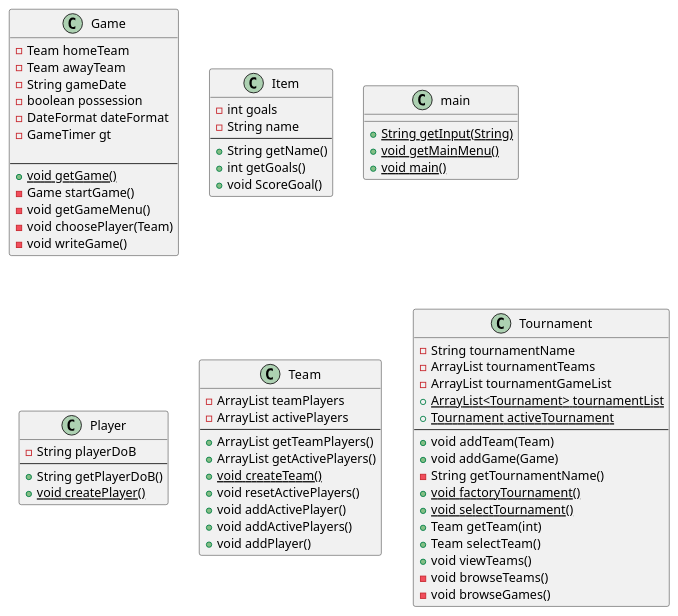
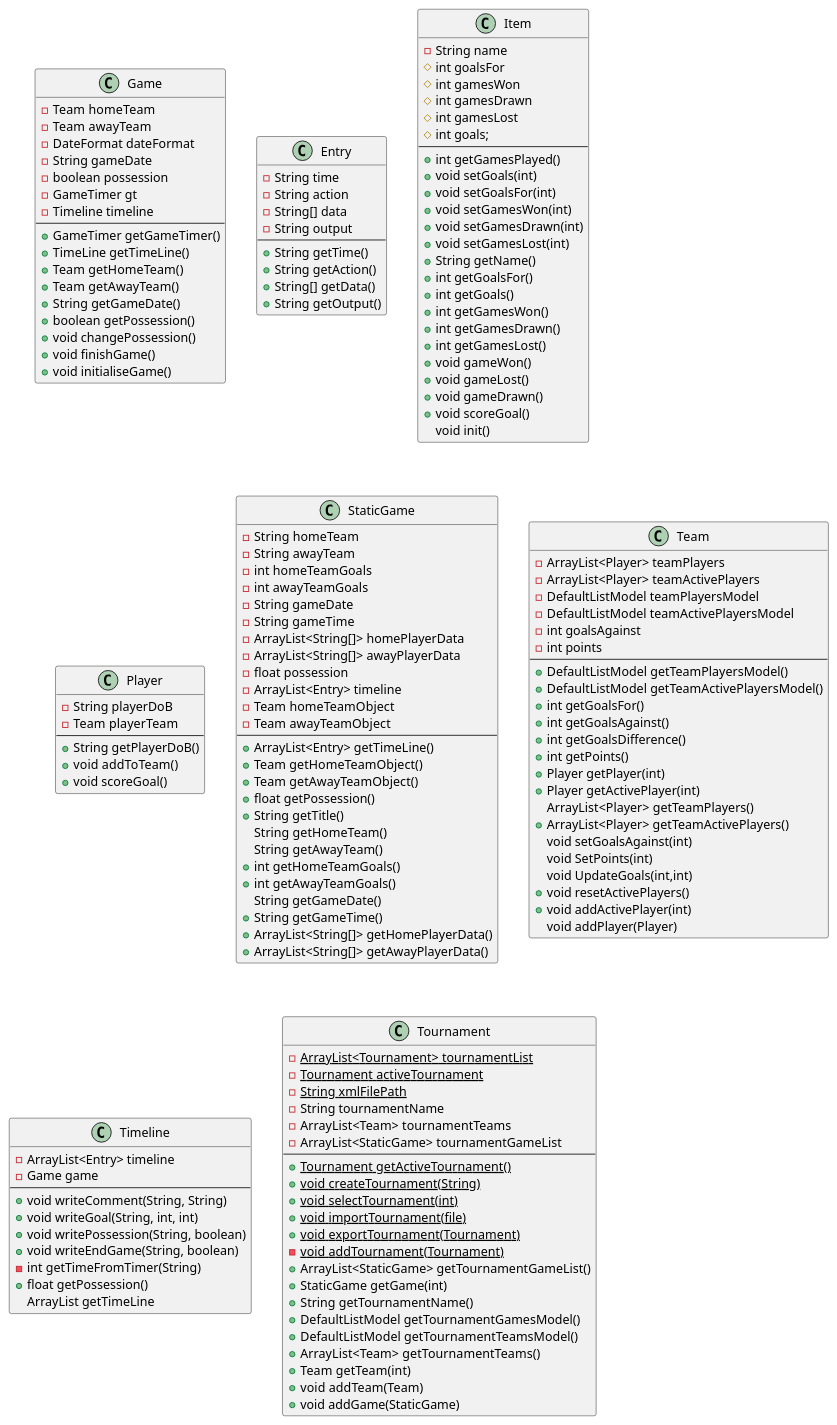
The diagram in UML/classUML.puml (KondrotM/footballStats), drawn with PlantUML before and after one commit. The commit also changed 14 other files, not shown here.

```diff
--- a/UML/classUML.puml
+++ b/UML/classUML.puml
@@ -1,93 +1,165 @@
 @startuml
+
+
 
 class Game {
 - Team homeTeam
 - Team awayTeam
+- DateFormat dateFormat
 - String gameDate
 - boolean possession
-- DateFormat dateFormat
 - GameTimer gt
+- Timeline timeline
+--
++ GameTimer getGameTimer()
++ TimeLine getTimeLine()
++ Team getHomeTeam()
++ Team getAwayTeam()
++ String getGameDate()
++ boolean getPossession()
++ void changePossession()
++ void finishGame()
++ void initialiseGame()
+}
 
---
-+ {static} void getGame()
-- Game startGame()
-- void getGameMenu()
-- void choosePlayer(Team)
-- void writeGame()
+class Entry {
+    - String time
+    - String action
+    - String[] data
+    - String output
+    --
+    + String getTime()
+    + String getAction()
+    + String[] getData()
+    + String getOutput()
 }
 
 class Item {
-- int goals
 - String name
+# int goalsFor
+# int gamesWon
+# int gamesDrawn
+# int gamesLost
+# int goals;
 --
++ int getGamesPlayed()
++ void setGoals(int)
++ void setGoalsFor(int)
++ void setGamesWon(int)
++ void setGamesDrawn(int)
++ void setGamesLost(int)
 + String getName()
++ int getGoalsFor()
 + int getGoals()
-+ void ScoreGoal()
++ int getGamesWon()
++ int getGamesDrawn()
++ int getGamesLost()
++ void gameWon()
++ void gameLost()
++ void gameDrawn()
++ void scoreGoal()
+ void init()
 }
-class main {
-+ {static} String getInput(String)
-+ {static} void getMainMenu()
-+ {static} void main()
-}
+
 class Player {
 - String playerDoB
+- Team playerTeam
 --
 + String getPlayerDoB()
-+ {static} void createPlayer()
++ void addToTeam()
++ void scoreGoal()
 }
+class StaticGame {
+    - String homeTeam
+    - String awayTeam
+    - int homeTeamGoals
+    - int awayTeamGoals
+    - String gameDate
+    - String gameTime
+    - ArrayList<String[]> homePlayerData
+    - ArrayList<String[]> awayPlayerData
+    - float possession
+    - ArrayList<Entry> timeline
+    - Team homeTeamObject
+    - Team awayTeamObject
+    --
+    + ArrayList<Entry> getTimeLine()
+    + Team getHomeTeamObject()
+    + Team getAwayTeamObject()
+    + float getPossession()
+    + String getTitle()
+     String getHomeTeam()
+     String getAwayTeam()
+    + int getHomeTeamGoals()
+    + int getAwayTeamGoals()
+     String getGameDate()
+    + String getGameTime()
+    + ArrayList<String[]> getHomePlayerData()
+    + ArrayList<String[]> getAwayPlayerData()
+}
+
 class Team {
-- ArrayList teamPlayers
-- ArrayList activePlayers
+    - ArrayList<Player> teamPlayers
+    - ArrayList<Player> teamActivePlayers
+    - DefaultListModel teamPlayersModel
+    - DefaultListModel teamActivePlayersModel
+    - int goalsAgainst
+    - int points
+    --
+    + DefaultListModel getTeamPlayersModel()
+    + DefaultListModel getTeamActivePlayersModel()
+    + int getGoalsFor()
+    + int getGoalsAgainst()
+    + int getGoalsDifference()
+    + int getPoints()
+    + Player getPlayer(int)
+    + Player getActivePlayer(int)
+     ArrayList<Player> getTeamPlayers()
+    + ArrayList<Player> getTeamActivePlayers()
+     void setGoalsAgainst(int)
+     void SetPoints(int)
+     void UpdateGoals(int,int)
+    + void resetActivePlayers()
+    + void addActivePlayer(int)
+     void addPlayer(Player)
+}
+
+class Timeline {
+    - ArrayList<Entry> timeline
+    - Game game
 --
-+ ArrayList getTeamPlayers()
-+ ArrayList getActivePlayers()
-+ {static} void createTeam()
-+ void resetActivePlayers()
-+ void addActivePlayer()
-+ void addActivePlayers()
-+ void addPlayer()
+    + void writeComment(String, String)
+    + void writeGoal(String, int, int)
+    + void writePossession(String, boolean)
+    + void writeEndGame(String, boolean)
+    - int getTimeFromTimer(String)
+    + float getPossession()
+     ArrayList getTimeLine
 }
 
 class Tournament {
+    - {static} ArrayList<Tournament> tournamentList
+    - {static} Tournament activeTournament
+    - {static} String xmlFilePath
     - String tournamentName
-    - ArrayList tournamentTeams
-    - ArrayList tournamentGameList
-    + {static} ArrayList<Tournament> tournamentList
-    + {static} Tournament activeTournament
+    - ArrayList<Team> tournamentTeams
+    - ArrayList<StaticGame> tournamentGameList
     --
+    + {static} Tournament getActiveTournament()
+    + {static} void createTournament(String)
+    + {static} void selectTournament(int)
+    + {static} void importTournament(file)
+    + {static} void exportTournament(Tournament)
+    - {static} void addTournament(Tournament)
+    + ArrayList<StaticGame> getTournamentGameList()
+    + StaticGame getGame(int)
+    + String getTournamentName()
+    + DefaultListModel getTournamentGamesModel()
+    + DefaultListModel getTournamentTeamsModel()
+    + ArrayList<Team> getTournamentTeams()
+    + Team getTeam(int)
     + void addTeam(Team)
-    + void addGame(Game)
-    - String getTournamentName()
-    + {static} void factoryTournament()
-    + {static} void selectTournament()
-    + Team getTeam(int)
-    + Team selectTeam()
-    + void viewTeams()
-    - void browseTeams()
-    - void browseGames()
+    + void addGame(StaticGame)
 }
 
-'abstract class AbstractList
-'abstract AbstractCollection
-'interface List
-'interface Collection
-'
-'List <|-- AbstractList
-'Collection <|-- AbstractCollection
-'
-'Collection <- List
-'AbstractCollection <|- AbstractList
-'AbstractList <|-- ArrayList
-'
-'class ArrayList {
-'Object[] elementData
-'size()
-'}
-'
-'enum TimeUnit {
-'DAYS
-'HOURS
-'MINUTES
-'}
-
 @enduml
```
